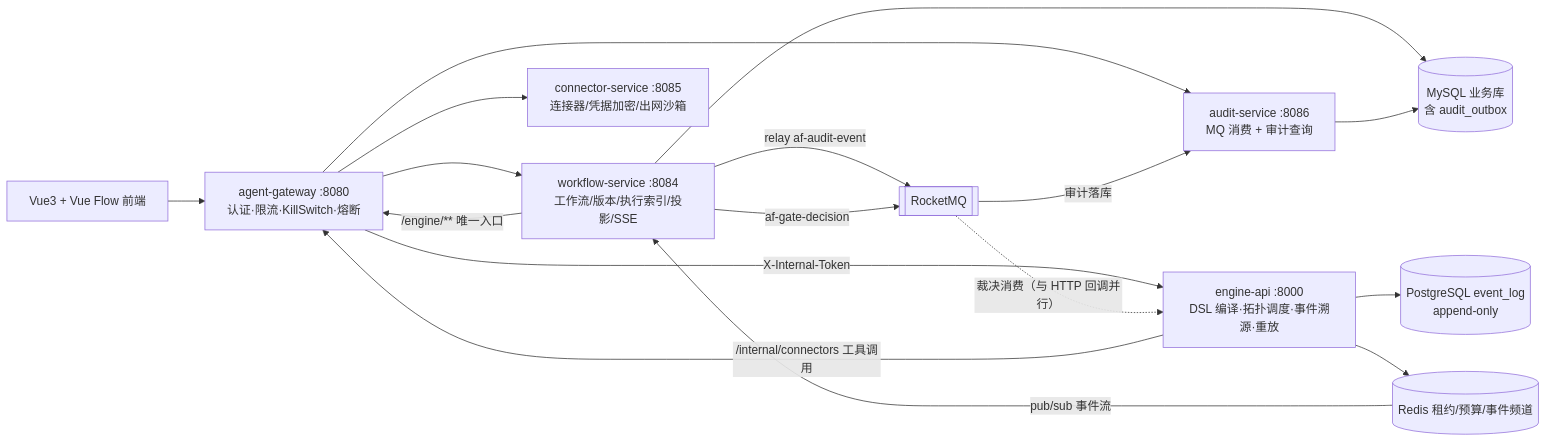
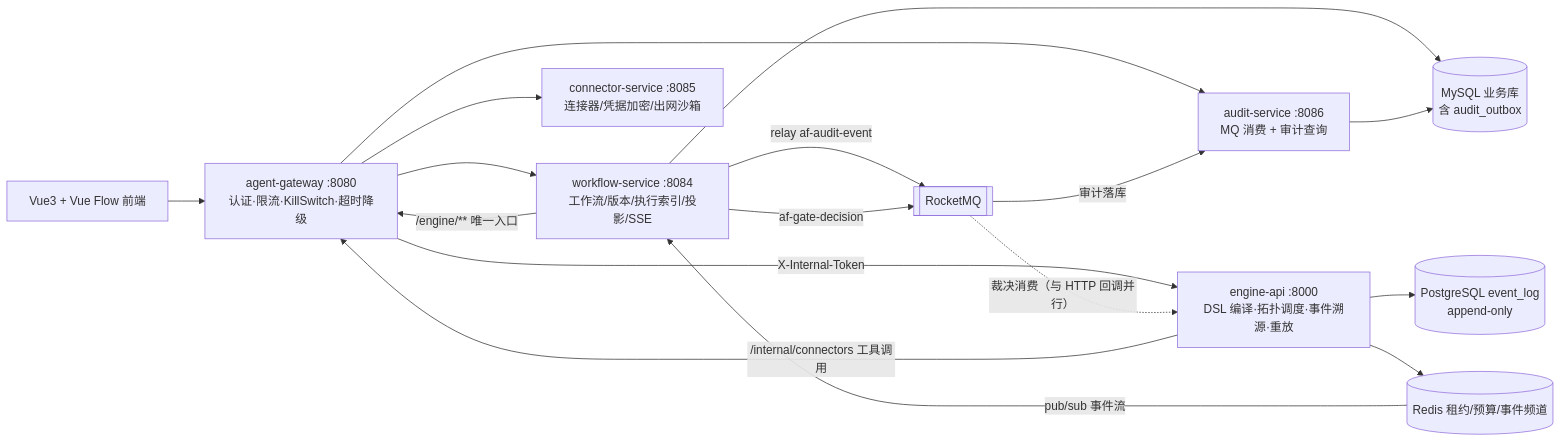
Before and after one commit to ybw0405-study/AgentFlow: the diagram in README.md, drawn with Mermaid. The commit also changed 11 other files, not shown here.

````diff
--- a/README.md
+++ b/README.md
@@ -19,19 +19,19 @@
 ```mermaid
 flowchart LR
-    FE[Vue3 + Vue Flow 前端] --> GW[agent-gateway :8080<br/>认证·限流·KillSwitch·熔断]
+    FE[Vue3 + Vue Flow 前端] --> GW[agent-gateway :8080<br/>认证·限流·KillSwitch·超时降级]
     GW --> WF[workflow-service :8084<br/>工作流/版本/执行索引/投影/SSE]
     GW --> AUD[audit-service :8086<br/>MQ 消费 + 审计查询]
     GW --> CONN[connector-service :8085<br/>连接器/凭据加密/出网沙箱]
     WF -->|/engine/** 唯一入口| GW
     GW -->|X-Internal-Token| ENG[engine-api :8000<br/>DSL 编译·拓扑调度·事件溯源·重放]
     ENG -->|/internal/connectors 工具调用| GW
     ENG --> PG[(PostgreSQL event_log<br/>append-only)]
     ENG --> RD[(Redis 租约/预算/事件频道)]
     WF --> MY[(MySQL 业务库<br/>含 audit_outbox)]
     AUD --> MY
     WF -->|relay af-audit-event| MQ[[RocketMQ]]
     WF -->|af-gate-decision| MQ
     MQ -->|审计落库| AUD
     MQ -.->|裁决消费（与 HTTP 回调并行）| ENG
     RD -->|pub/sub 事件流| WF
 ```
````
